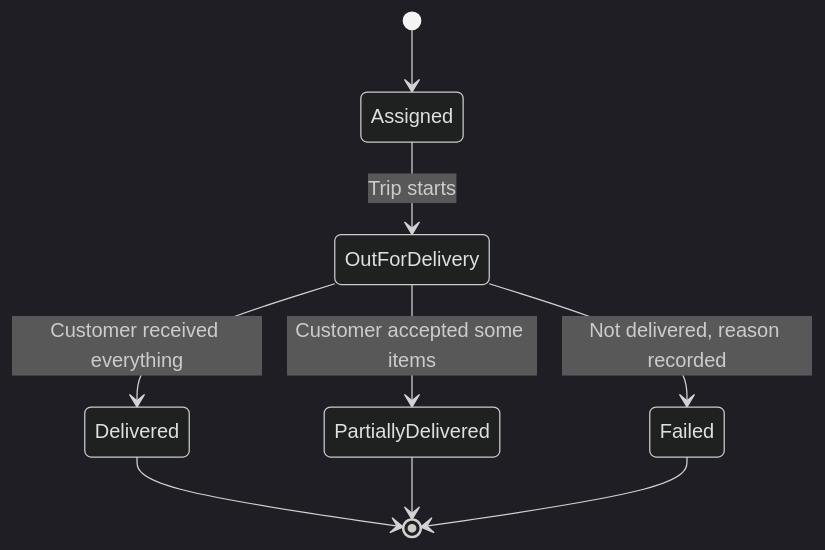
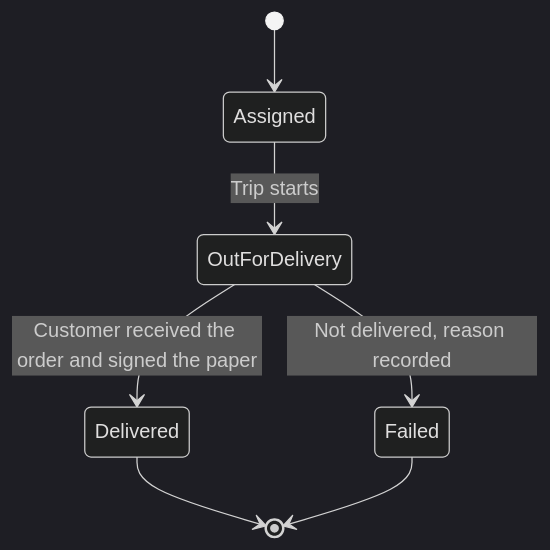
Before and after one commit to AhmedElnagarUU/Cosmo: the second of 5 diagrams in docs/workflows/04-delivery.md, drawn with Mermaid (dark theme). The commit also changed other lines of this file and 28 other files, not shown here.

````diff
--- a/docs/workflows/04-delivery.md
+++ b/docs/workflows/04-delivery.md
@@ -21,11 +21,9 @@
 ```mermaid
 stateDiagram-v2
     [*] --> Assigned
     Assigned --> OutForDelivery: Trip starts
-    OutForDelivery --> Delivered: Customer received everything
-    OutForDelivery --> PartiallyDelivered: Customer accepted some items
+    OutForDelivery --> Delivered: Customer received the order and signed the paper
     OutForDelivery --> Failed: Not delivered, reason recorded
     Delivered --> [*]
-    PartiallyDelivered --> [*]
     Failed --> [*]
 ```
````
